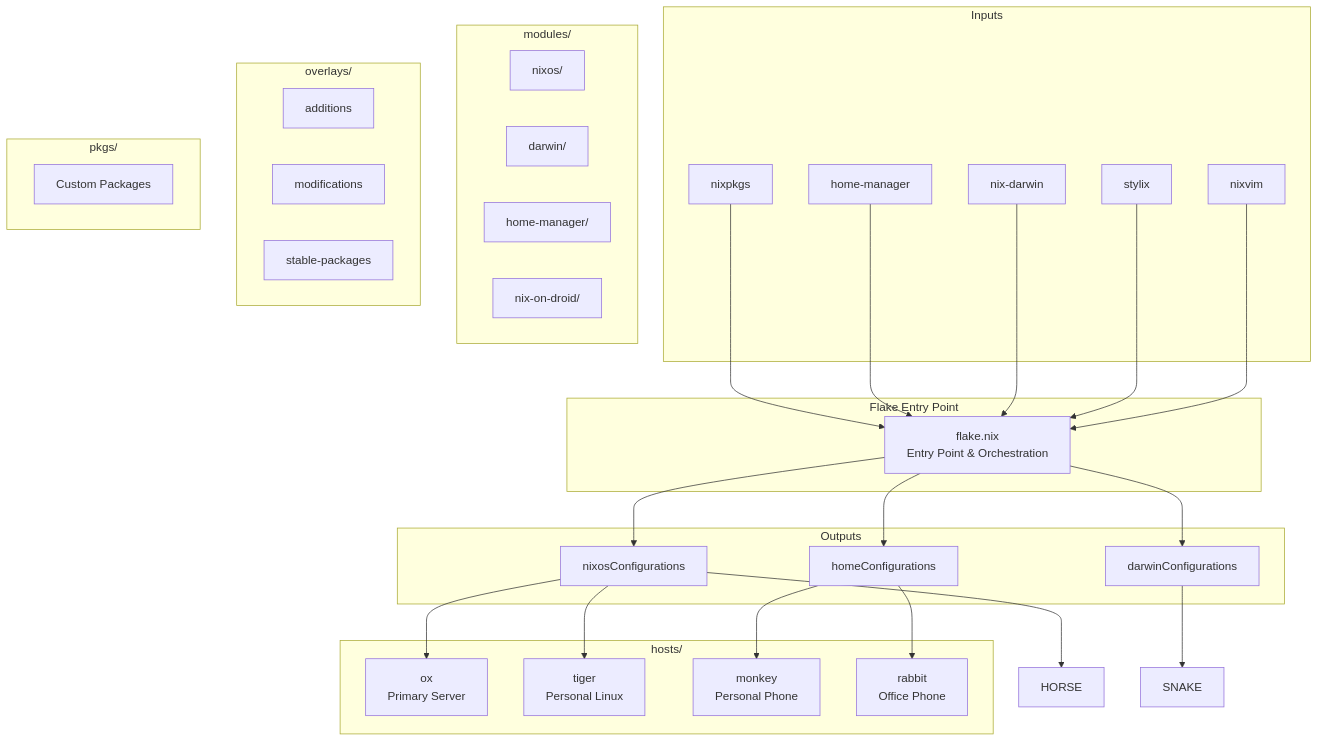
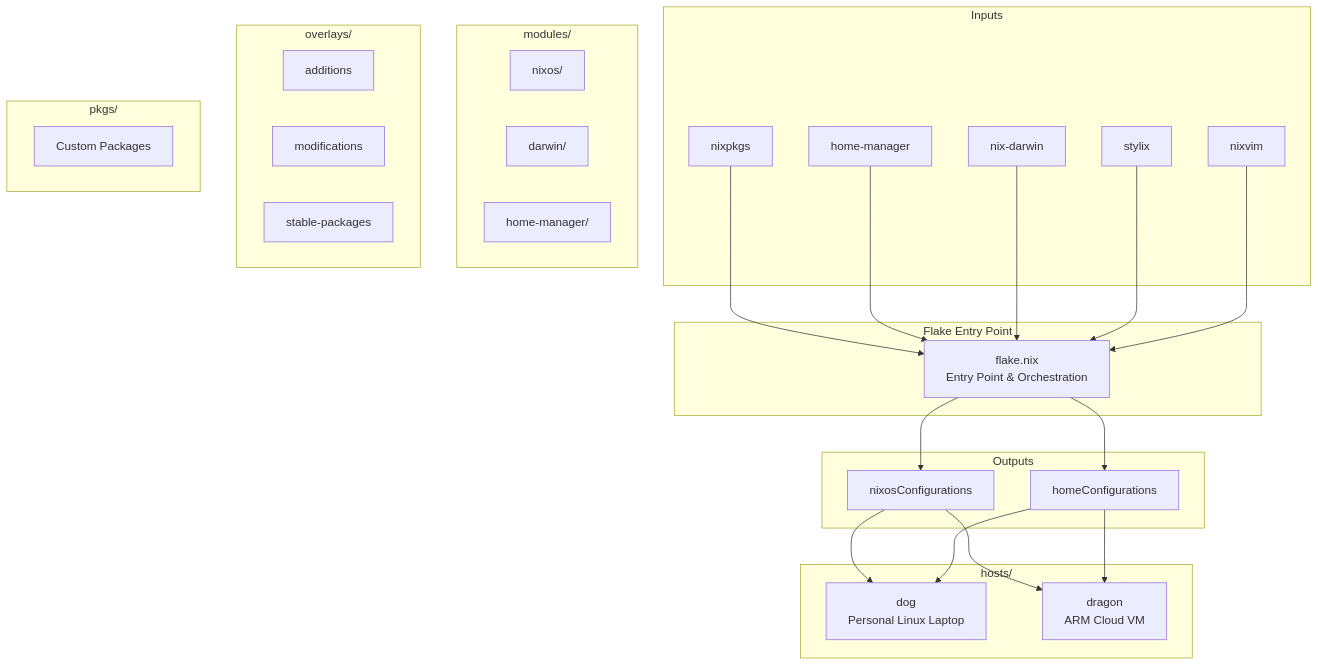
Before and after one commit to idjoo/dotfiles: the diagram in README.md, drawn with Mermaid. The commit also changed other lines of this file and 3 other files, not shown here.

First line of the commit message:
docs: 📝 document dog and dragon as the only hosts

````diff
--- a/README.md
+++ b/README.md
@@ -64,61 +64,54 @@
 ```mermaid
 graph TB
     subgraph "Flake Entry Point"
         FLAKE[flake.nix<br/>Entry Point & Orchestration]
     end
 
     subgraph "Inputs"
         NP[nixpkgs]
         HM[home-manager]
         ND[nix-darwin]
         ST[stylix]
         NV[nixvim]
     end
 
     subgraph "Outputs"
         NC[nixosConfigurations]
-        DC[darwinConfigurations]
         HC[homeConfigurations]
     end
 
     subgraph "hosts/"
-        OX[ox<br/>Primary Server]
-        TIGER[tiger<br/>Personal Linux]
-        MONKEY[monkey<br/>Personal Phone]
-        RABBIT[rabbit<br/>Office Phone]
+        DOG[dog<br/>Personal Linux Laptop]
+        DRAGON[dragon<br/>ARM Cloud VM]
     end
 
     subgraph "modules/"
         NIXOS[nixos/]
         DARWIN[darwin/]
         HOMEMGR[home-manager/]
-        DROID[nix-on-droid/]
     end
 
     subgraph "overlays/"
         ADD[additions]
         MOD[modifications]
         STABLE[stable-packages]
     end
 
     subgraph "pkgs/"
         CUSTOM[Custom Packages]
     end
 
     NP --> FLAKE
     HM --> FLAKE
     ND --> FLAKE
     ST --> FLAKE
     NV --> FLAKE
 
     FLAKE --> NC
-    FLAKE --> DC
     FLAKE --> HC
 
-    NC --> OX
-    NC --> HORSE
-    NC --> TIGER
-    DC --> SNAKE
-    HC --> MONKEY
-    HC --> RABBIT
+    NC --> DOG
+    NC --> DRAGON
+    HC --> DOG
+    HC --> DRAGON
 ```
````
